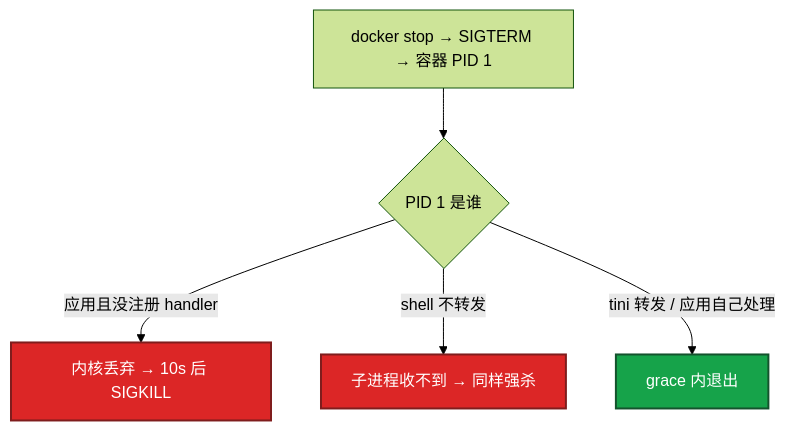
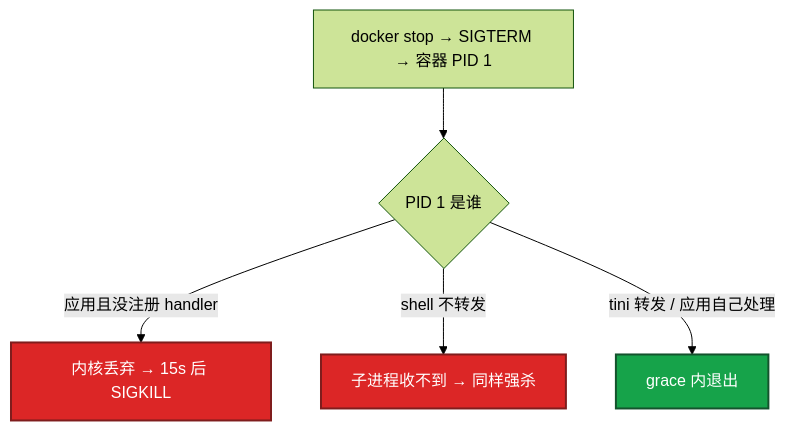
One commit to ml-cuizijun/LearnToLilith changed the second of 2 diagrams in 01-基础底座/05-进程与信号/练习题.md. Above: the diagram before and after it, drawn with Mermaid (forest theme). The commit also changed other lines of this file and 56 other files, not shown here.

````diff
--- a/01-基础底座/05-进程与信号/练习题.md
+++ b/01-基础底座/05-进程与信号/练习题.md
@@ -168,12 +168,12 @@
 ```mermaid
 flowchart TB
     A["docker stop → SIGTERM → 容器 PID 1"] --> B{PID 1 是谁}
-    B -->|应用且没注册 handler| C[内核丢弃 → 10s 后 SIGKILL]
+    B -->|应用且没注册 handler| C[内核丢弃 → 15s 后 SIGKILL]
     B -->|shell 不转发| D[子进程收不到 → 同样强杀]
     B -->|tini 转发 / 应用自己处理| E[grace 内退出]
 
     classDef bad fill:#DC2626,stroke:#7F1D1D,stroke-width:2px,color:#fff
     classDef ok fill:#16A34A,stroke:#14532D,stroke-width:2px,color:#fff
     class C,D bad
     class E ok
 ```
````
